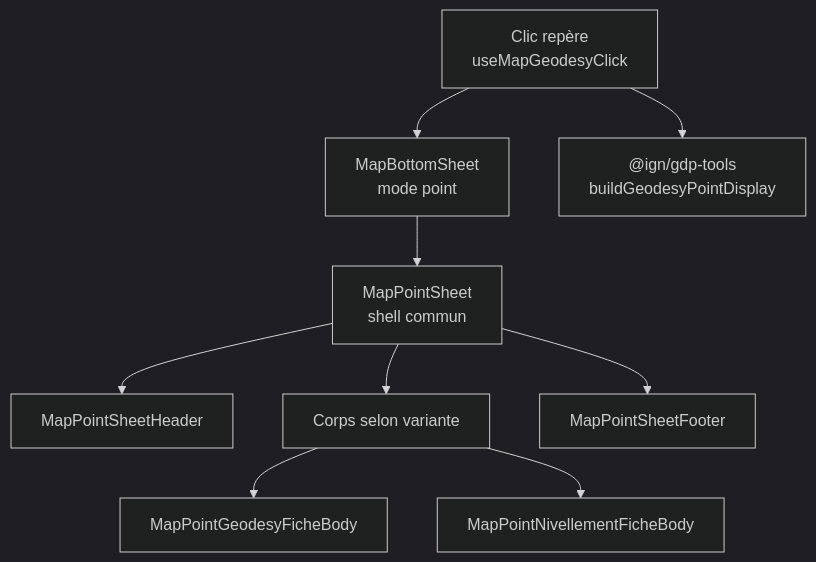
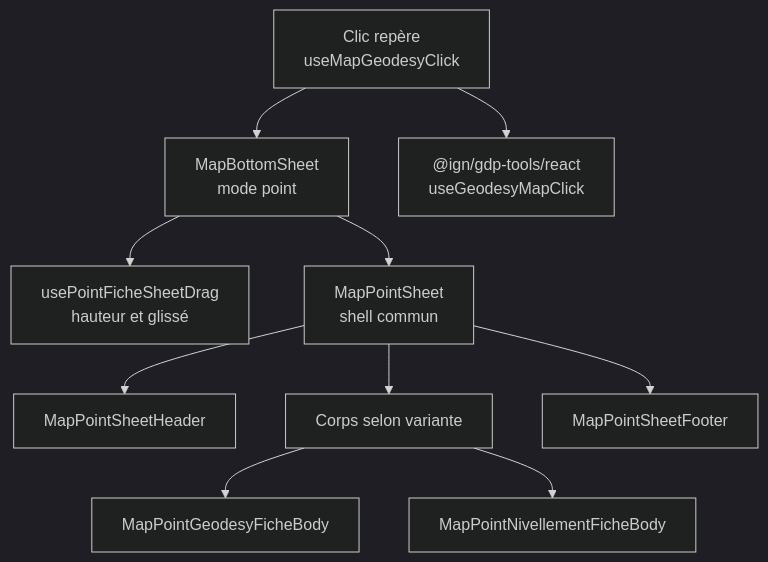
One commit to IGNF/gdp-mobile changed the diagram in docs/FICHE_POINT.md. Above: the diagram before and after it, drawn with Mermaid (dark theme). The commit also changed other lines of this file and 2 other files, not shown here.

````diff
--- a/docs/FICHE_POINT.md
+++ b/docs/FICHE_POINT.md
@@ -7,11 +7,12 @@
 ```mermaid
 flowchart TB
   mapClick["Clic repère<br/>useMapGeodesyClick"] --> sheet["MapBottomSheet<br/>mode point"]
+  sheet --> drag["usePointFicheSheetDrag<br/>hauteur et glissé"]
   sheet --> shell["MapPointSheet<br/>shell commun"]
   shell --> header["MapPointSheetHeader"]
   shell --> body["Corps selon variante"]
   shell --> footer["MapPointSheetFooter"]
   body --> geod["MapPointGeodesyFicheBody"]
   body --> niv["MapPointNivellementFicheBody"]
-  mapClick --> gdp["@ign/gdp-tools<br/>buildGeodesyPointDisplay"]
+  mapClick --> gdp["@ign/gdp-tools/react<br/>useGeodesyMapClick"]
 ```
````
